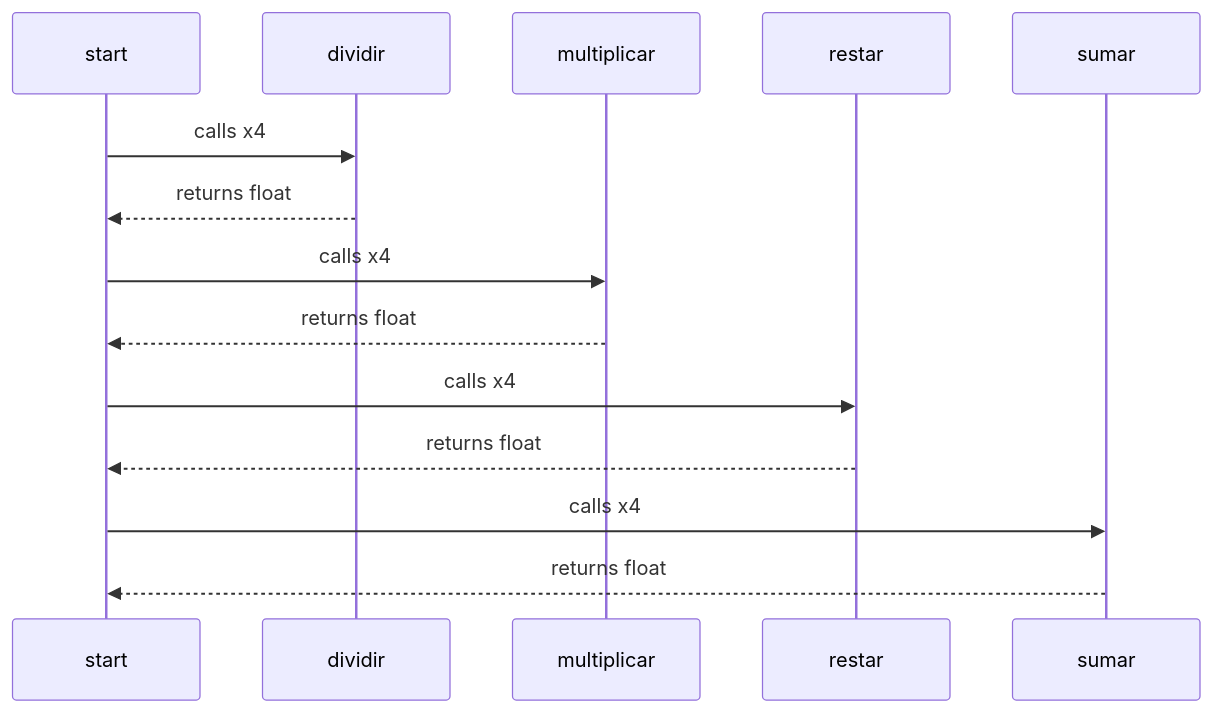
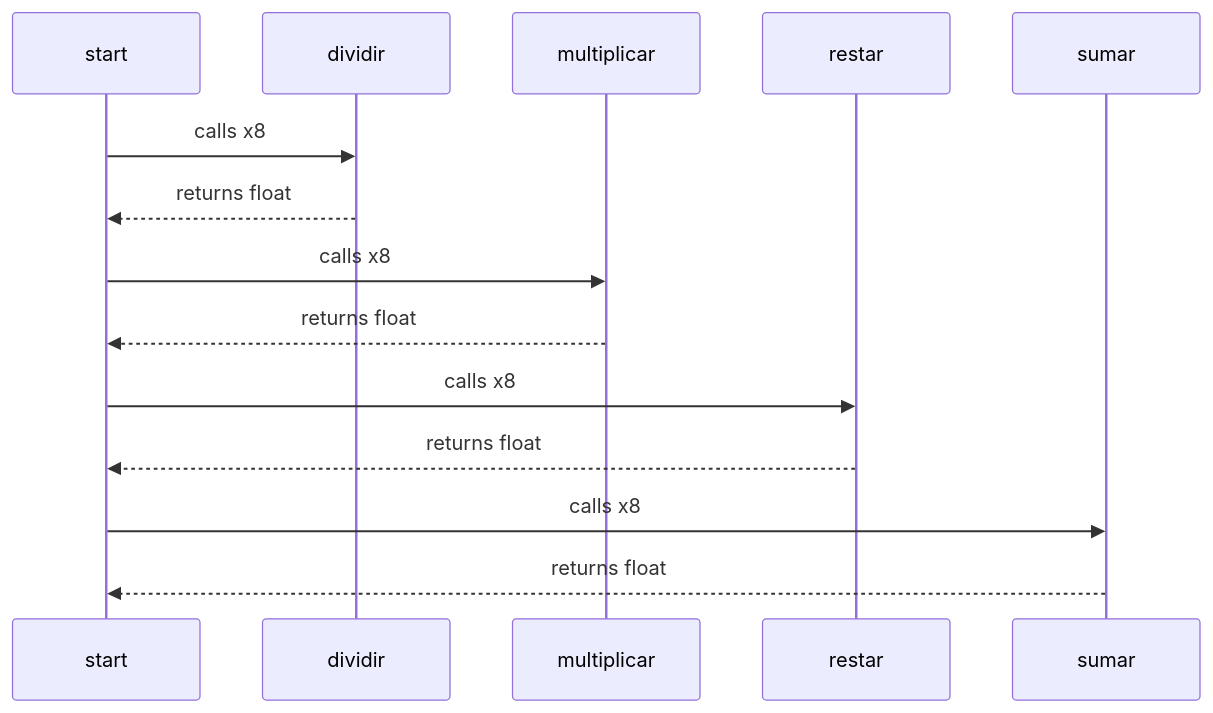
One commit to CNoctis/PrismaRun-Alkemy changed the diagram in Testing-2-Practico-11/doc/diagrama de secuencia.md. Above: the diagram before and after it, drawn with Mermaid. The commit also changed other lines of this file and 4 other files, not shown here.

Commit message:
Creación de diagrama de secuencia y testing.txt

````diff
--- a/Testing-2-Practico-11/doc/diagrama de secuencia.md
+++ b/Testing-2-Practico-11/doc/diagrama de secuencia.md
@@ -5,12 +5,12 @@
 ```mermaid
 sequenceDiagram
-  start->>dividir: calls x4
+  start->>dividir: calls x8
   dividir-->>start: returns float
-  start->>multiplicar: calls x4
+  start->>multiplicar: calls x8
   multiplicar-->>start: returns float
-  start->>restar: calls x4
+  start->>restar: calls x8
   restar-->>start: returns float
-  start->>sumar: calls x4
+  start->>sumar: calls x8
   sumar-->>start: returns float
 
 ```
````
